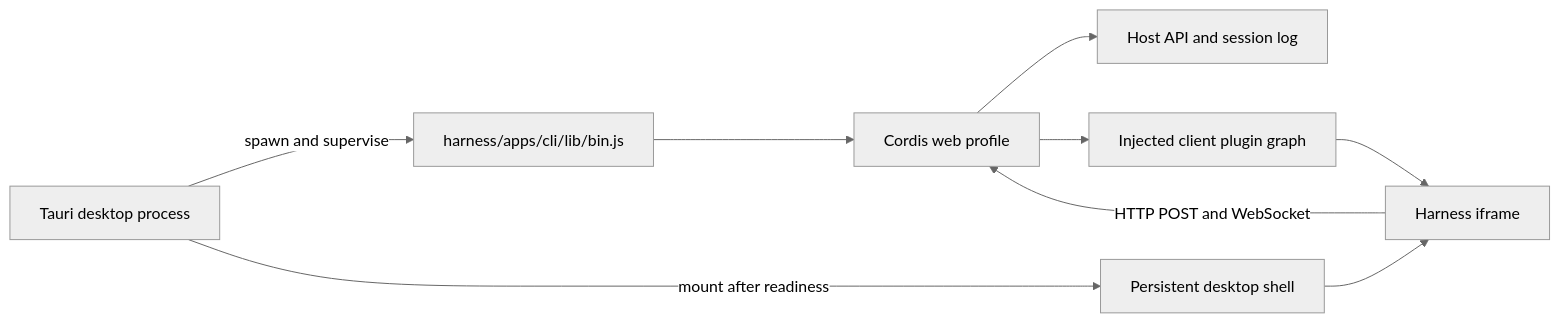
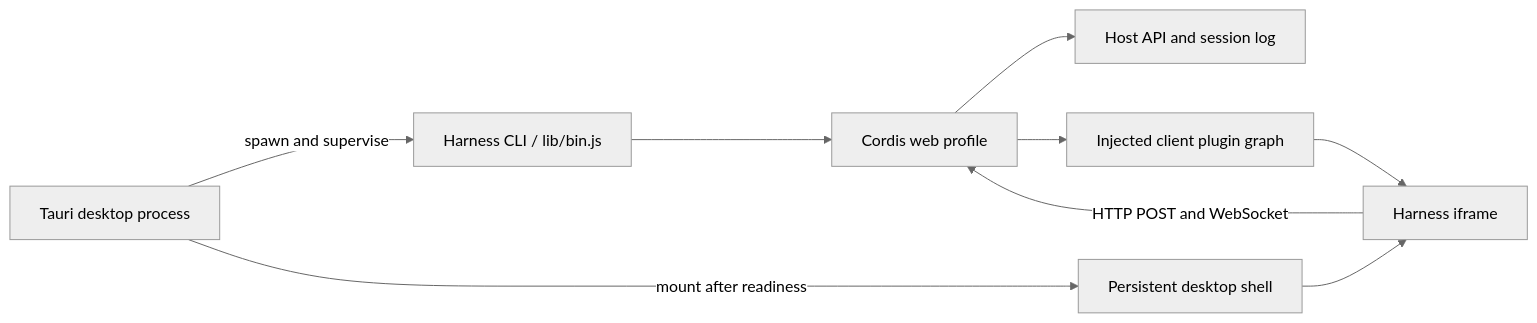
Before and after one commit to WJZ-P/deepseek-harness-desktop: the diagram in README.md, drawn with Mermaid (neutral theme). The commit also changed other lines of this file and 1 other file, not shown here.

````diff
--- a/README.md
+++ b/README.md
@@ -35,11 +126,11 @@
 ```mermaid
 flowchart LR
-  A["Tauri desktop process"] -->|"spawn and supervise"| B["harness/apps/cli/lib/bin.js"]
+  A["Tauri desktop process"] -->|"spawn and supervise"| B["Harness CLI / lib/bin.js"]
   B --> C["Cordis web profile"]
   C --> D["Host API and session log"]
   C --> E["Injected client plugin graph"]
   A -->|"mount after readiness"| F["Persistent desktop shell"]
   E --> G["Harness iframe"]
   F --> G
   G -->|"HTTP POST and WebSocket"| C
 ```
````
